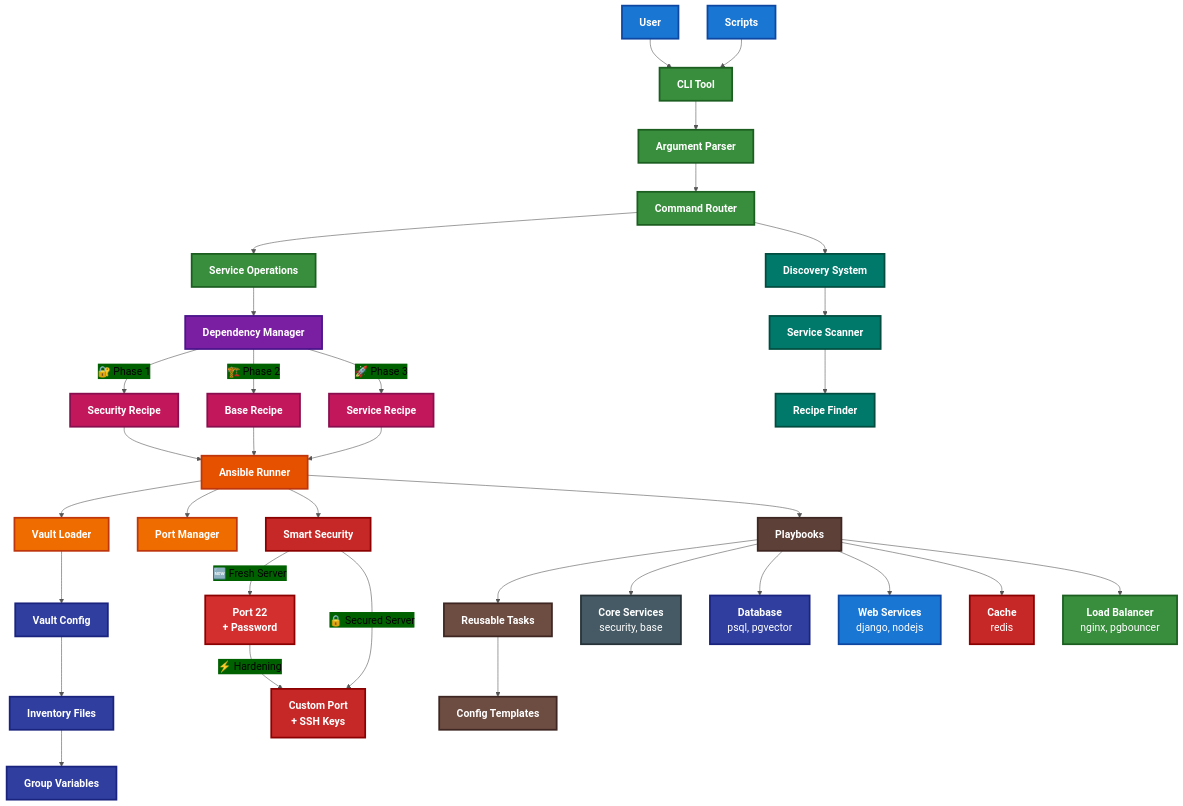
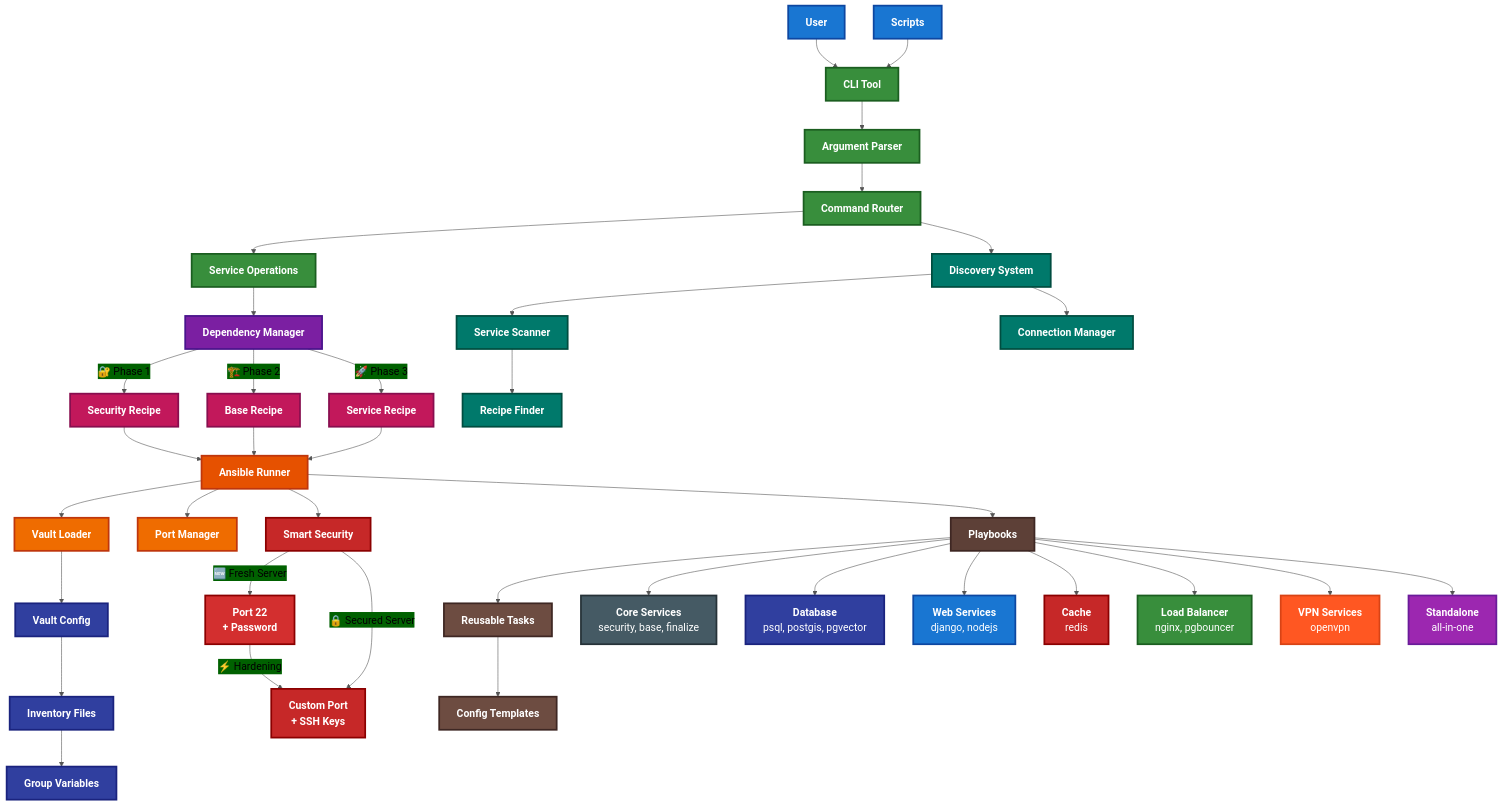
The diagram in README.md (un33k/ansible-cloudy), drawn with Mermaid before and after one commit.

````diff
--- a/README.md
+++ b/README.md
@@ -422,6 +422,7 @@
     CR --> DS[<b>Discovery System</b>]
     DS --> SS[<b>Service Scanner</b>]
     SS --> RF[<b>Recipe Finder</b>]
+    DS --> CM[<b>Connection Manager</b>]
     
     %% Execution Flow - Purple Theme
     SO --> DM[<b>Dependency Manager</b>]
@@ -453,11 +454,13 @@
     P22 -->|"⚡ Hardening"| PCustom
     
     %% Service Categories - Multi-color
-    PB --> Core[<b>Core Services</b><br/>security, base]
-    PB --> DB[<b>Database</b><br/>psql, pgvector]
+    PB --> Core[<b>Core Services</b><br/>security, base, finalize]
+    PB --> DB[<b>Database</b><br/>psql, postgis, pgvector]
     PB --> Web[<b>Web Services</b><br/>django, nodejs]
     PB --> Cache[<b>Cache</b><br/>redis]
     PB --> LB[<b>Load Balancer</b><br/>nginx, pgbouncer]
+    PB --> VPN[<b>VPN Services</b><br/>openvpn]
+    PB --> SA[<b>Standalone</b><br/>all-in-one]
     
     %% Entry Points - Blue
     style User fill:#1976D2,stroke:#0D47A1,stroke-width:3px,color:#fff
@@ -473,6 +476,7 @@
     style DS fill:#00796B,stroke:#004D40,stroke-width:3px,color:#fff
     style SS fill:#00796B,stroke:#004D40,stroke-width:3px,color:#fff
     style RF fill:#00796B,stroke:#004D40,stroke-width:3px,color:#fff
+    style CM fill:#00796B,stroke:#004D40,stroke-width:3px,color:#fff
     
     %% Execution Management - Purple
     style DM fill:#7B1FA2,stroke:#4A148C,stroke-width:3px,color:#fff
@@ -508,4 +512,6 @@
     style Web fill:#1976D2,stroke:#0D47A1,stroke-width:3px,color:#fff
     style Cache fill:#C62828,stroke:#8B0000,stroke-width:3px,color:#fff
     style LB fill:#388E3C,stroke:#1B5E20,stroke-width:3px,color:#fff
+    style VPN fill:#FF5722,stroke:#D84315,stroke-width:3px,color:#fff
+    style SA fill:#9C27B0,stroke:#6A1B9A,stroke-width:3px,color:#fff
 ```
````
